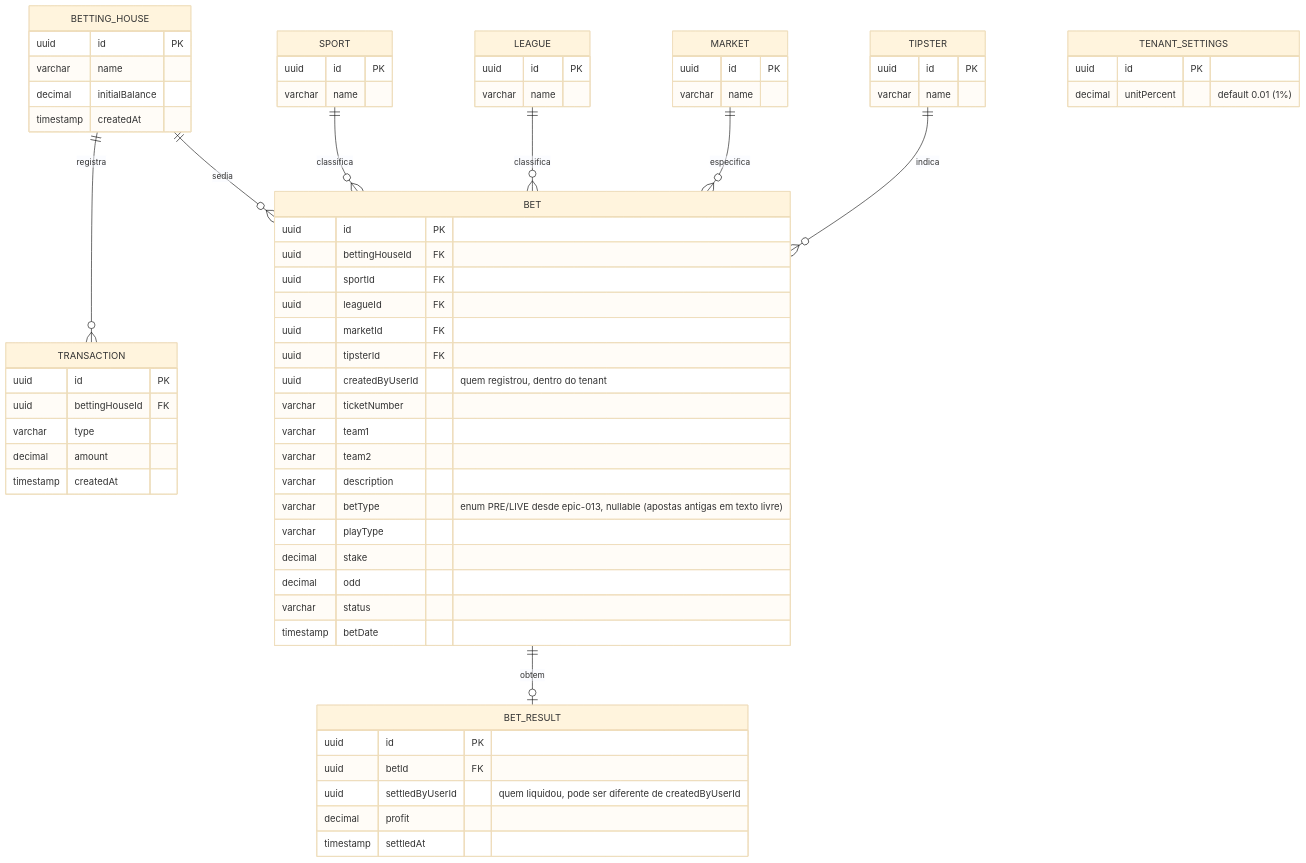
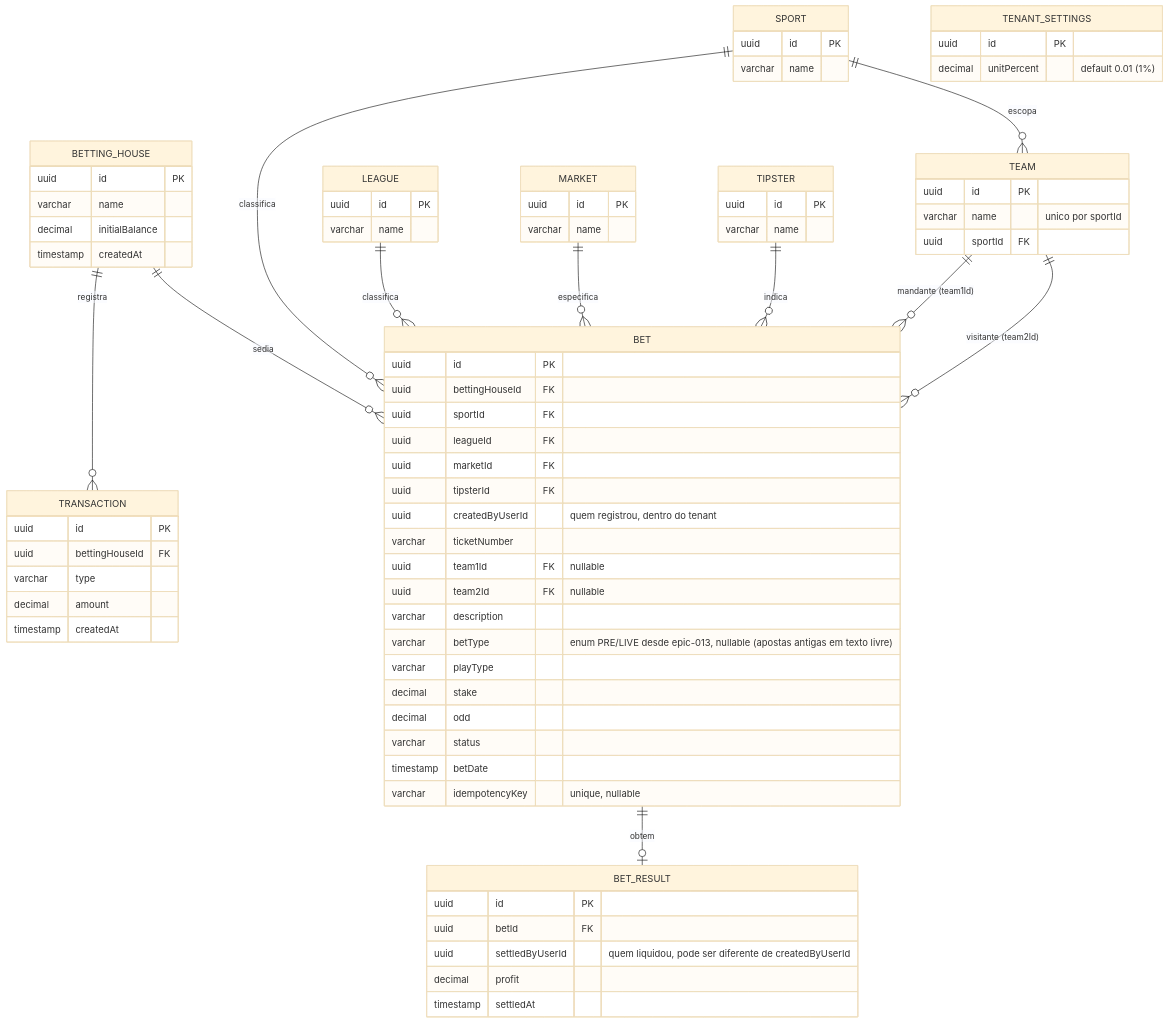
The third of 5 diagrams in docs/modelo-de-dados.md (eimmig/sv-harness), drawn with Mermaid (base theme) before and after one commit. The commit also changed other lines of this file and 3 other files, not shown here.

First line of the commit message:
docs(root): align architecture flows, bets ERD and cache keys with the code

````diff
--- a/docs/modelo-de-dados.md
+++ b/docs/modelo-de-dados.md
@@ -98,70 +98,79 @@
 ```mermaid
 erDiagram
     BETTING_HOUSE ||--o{ TRANSACTION : registra
     BETTING_HOUSE ||--o{ BET : sedia
     SPORT ||--o{ BET : classifica
     LEAGUE ||--o{ BET : classifica
     MARKET ||--o{ BET : especifica
     TIPSTER ||--o{ BET : indica
+    SPORT ||--o{ TEAM : escopa
+    TEAM ||--o{ BET : "mandante (team1Id)"
+    TEAM ||--o{ BET : "visitante (team2Id)"
     BET ||--o| BET_RESULT : obtem
 
     BETTING_HOUSE {
         uuid id PK
         varchar name
         decimal initialBalance
         timestamp createdAt
     }
     TRANSACTION {
         uuid id PK
         uuid bettingHouseId FK
         varchar type
         decimal amount
         timestamp createdAt
     }
     SPORT {
         uuid id PK
         varchar name
     }
     LEAGUE {
         uuid id PK
         varchar name
     }
     MARKET {
         uuid id PK
         varchar name
     }
     TIPSTER {
         uuid id PK
         varchar name
     }
+    TEAM {
+        uuid id PK
+        varchar name "unico por sportId"
+        uuid sportId FK
+    }
     BET {
         uuid id PK
         uuid bettingHouseId FK
         uuid sportId FK
         uuid leagueId FK
         uuid marketId FK
         uuid tipsterId FK
         uuid createdByUserId "quem registrou, dentro do tenant"
         varchar ticketNumber
-        varchar team1
-        varchar team2
+        uuid team1Id FK "nullable"
+        uuid team2Id FK "nullable"
         varchar description
         varchar betType "enum PRE/LIVE desde epic-013, nullable (apostas antigas em texto livre)"
         varchar playType
         decimal stake
         decimal odd
         varchar status
         timestamp betDate
+        varchar idempotencyKey "unique, nullable"
     }
     BET_RESULT {
         uuid id PK
         uuid betId FK
         uuid settledByUserId "quem liquidou, pode ser diferente de createdByUserId"
         decimal profit
         timestamp settledAt
     }
     TENANT_SETTINGS {
         uuid id PK
         decimal unitPercent "default 0.01 (1%)"
     }
 ```
````
